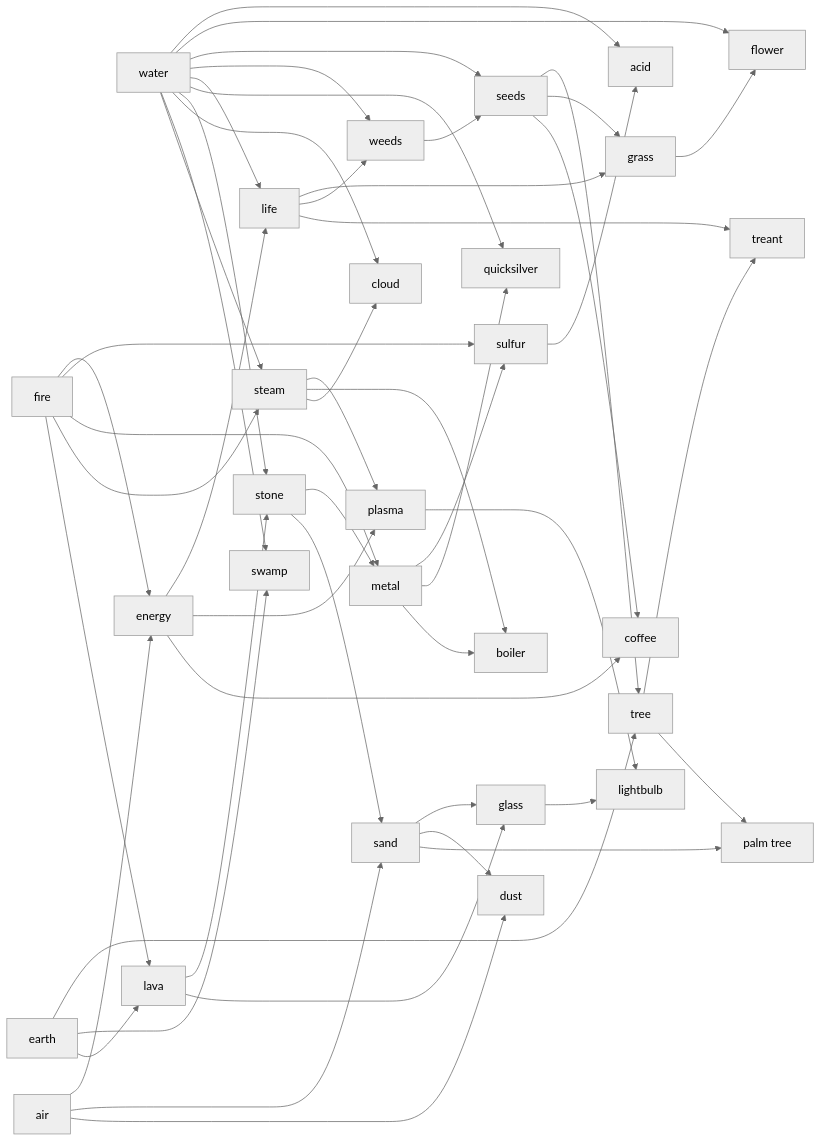
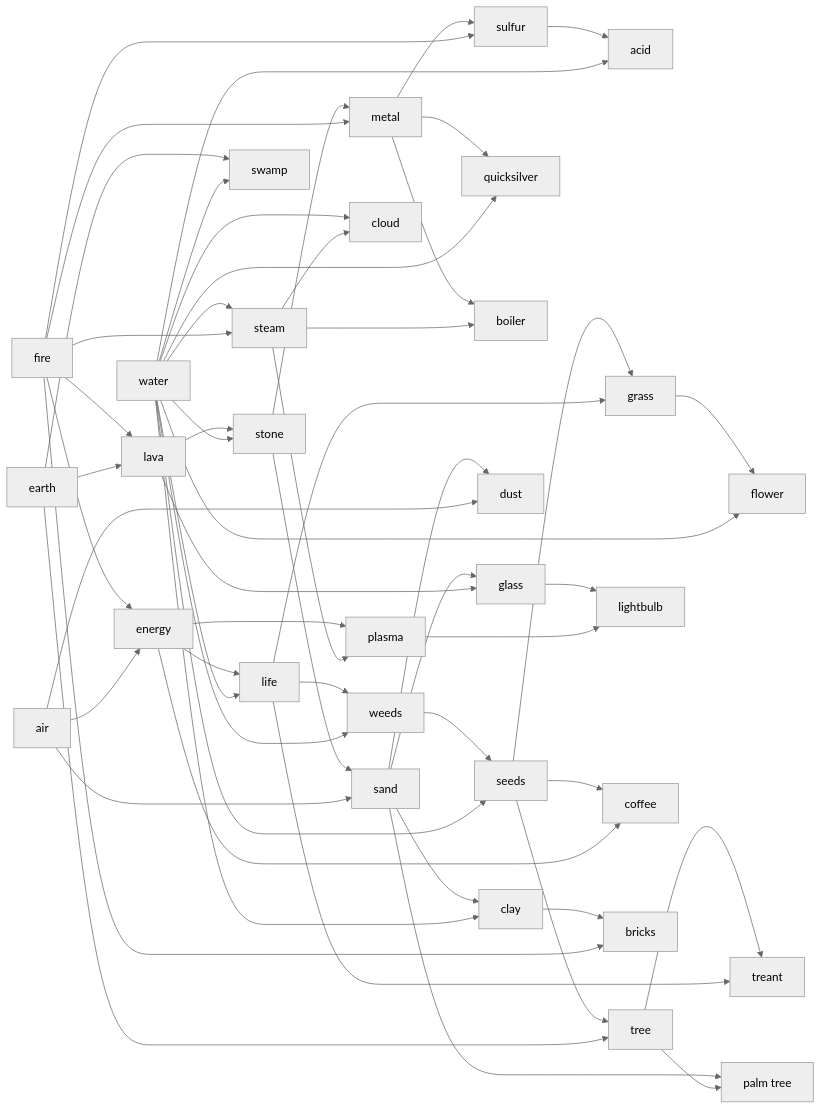
The diagram in README.md (res0nat0r/doodle-god), drawn with Mermaid (neutral theme) before and after one commit.

````diff
--- a/README.md
+++ b/README.md
@@ -78,4 +78,10 @@
 
 sand --> palmtree[palm tree]
 tree --> palmtree[palm tree]
+
+sand --> clay
+water --> clay
+
+clay --> bricks
+fire --> bricks
 ```
````
